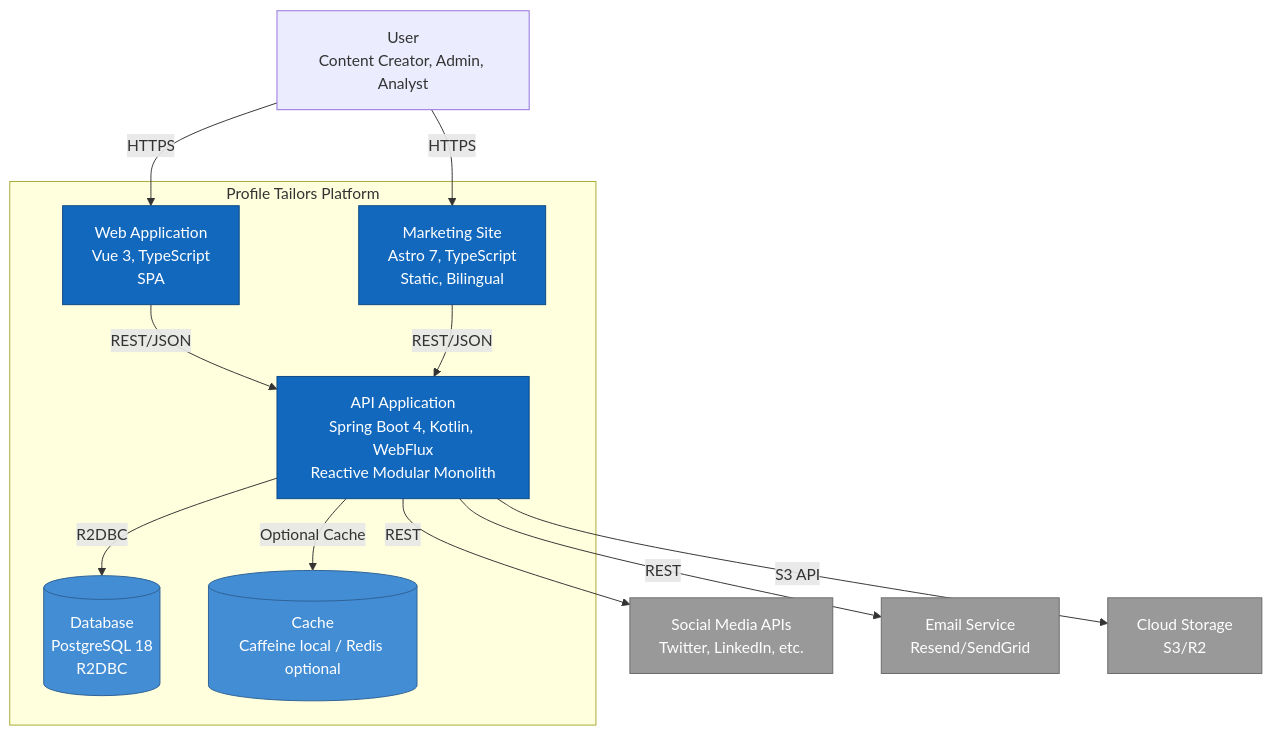
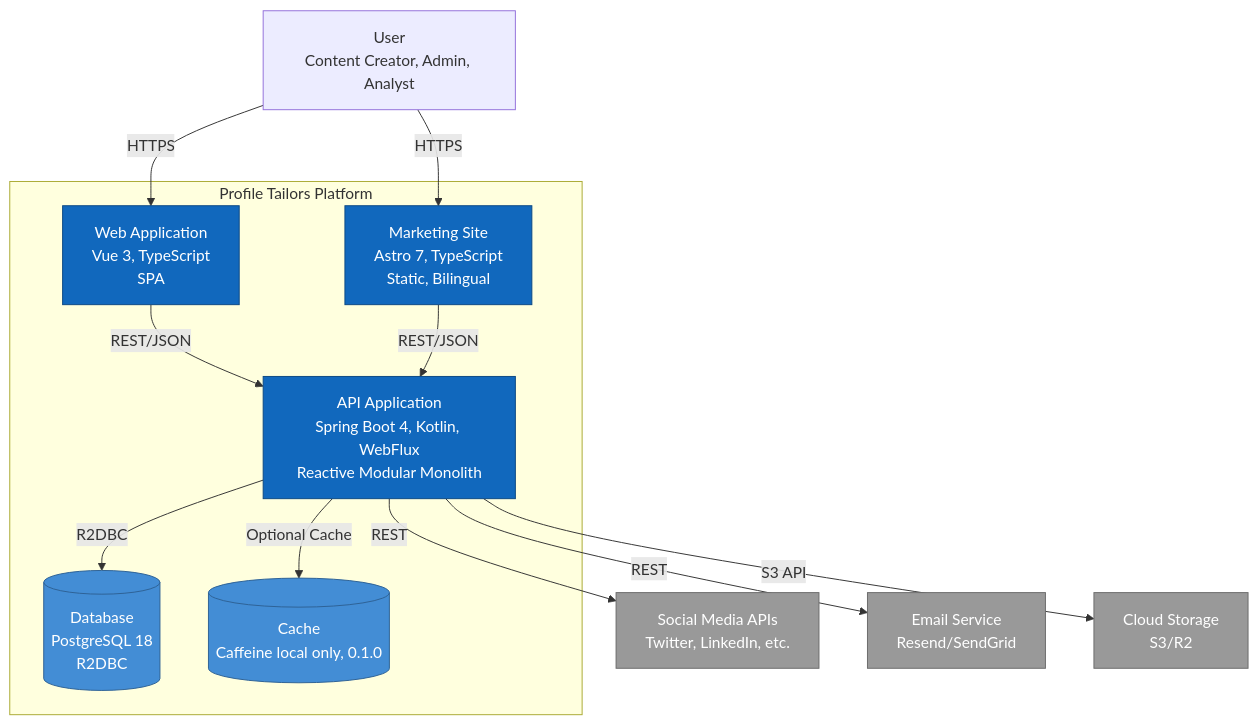
Before and after one commit to dallay/profiletailors.com: the second of 2 diagrams in docs/architecture/c4/02-container.md, drawn with Mermaid. The commit also changed other lines of this file and 1 other file, not shown here.

First line of the commit message:
docs(architecture): clarify single-replica rate-limit topology and defer distributed buckets

````diff
--- a/docs/architecture/c4/02-container.md
+++ b/docs/architecture/c4/02-container.md
@@ -63,37 +63,37 @@
 ```mermaid
 graph TB
     User[User<br/>Content Creator, Admin, Analyst]
 
     subgraph "Profile Tailors Platform"
         WEB[Marketing Site<br/>Astro 7, TypeScript<br/>Static, Bilingual]
         SPA[Web Application<br/>Vue 3, TypeScript<br/>SPA]
         API[API Application<br/>Spring Boot 4, Kotlin, WebFlux<br/>Reactive Modular Monolith]
         
         DB[(Database<br/>PostgreSQL 18<br/>R2DBC)]
-        CACHE[(Cache<br/>Caffeine local / Redis optional)]
+        CACHE[(Cache<br/>Caffeine local only, 0.1.0)]
     end
 
     SOCIAL[Social Media APIs<br/>Twitter, LinkedIn, etc.]
     EMAIL[Email Service<br/>Resend/SendGrid]
     STORAGE[Cloud Storage<br/>S3/R2]
 
     User -->|HTTPS| WEB
     User -->|HTTPS| SPA
     
     SPA -->|REST/JSON| API
     WEB -->|REST/JSON| API
     
     API -->|R2DBC| DB
     API -->|Optional Cache| CACHE
     API -->|S3 API| STORAGE
     API -->|REST| EMAIL
     API -->|REST| SOCIAL
 
     classDef container fill:#1168BD,stroke:#0B4884,color:#fff
     classDef database fill:#438DD5,stroke:#2E6295,color:#fff
     classDef external fill:#999999,stroke:#6B6B6B,color:#fff
 
     class WEB,SPA,API container
     class DB,CACHE database
     class SOCIAL,EMAIL,STORAGE external
 ```
````
